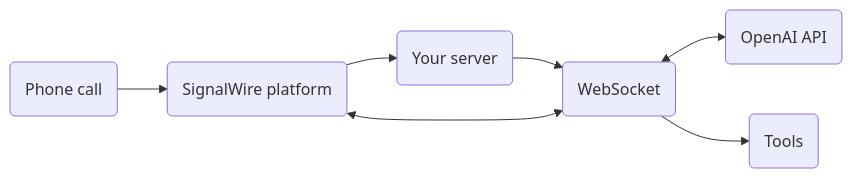
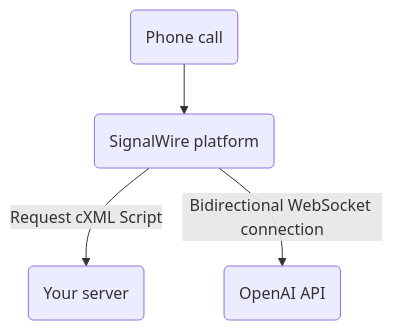
Before and after one commit to signalwire/docs: the first of 2 diagrams in website/docs/main/compatibility-api/guides/voice/nodejs/realtime-streaming-to-openai/index.mdx, drawn with Mermaid. The commit also changed other lines of this file, not shown here.

````diff
--- a/website/docs/main/compatibility-api/guides/voice/nodejs/realtime-streaming-to-openai/index.mdx
+++ b/website/docs/main/compatibility-api/guides/voice/nodejs/realtime-streaming-to-openai/index.mdx
@@ -41,9 +45,6 @@
 ```mermaid
-flowchart LR
+flowchart TD
     A(Phone call) --> B(SignalWire platform)
-    B --> C(Your server)
-    C --> D(WebSocket)
-    D <--> E(OpenAI API)
-    B <--> D
-    D --> F(Tools)
+    B --> |Request cXML Script| C(Your server)
+    B --> |Bidirectional WebSocket connection| D(OpenAI API)
 ```
````
